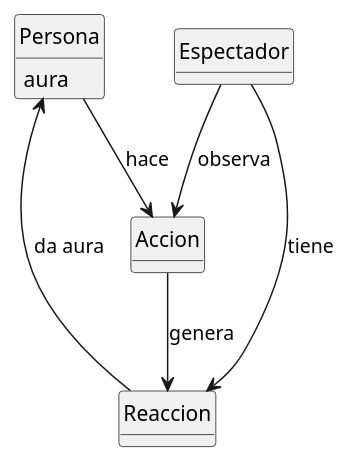
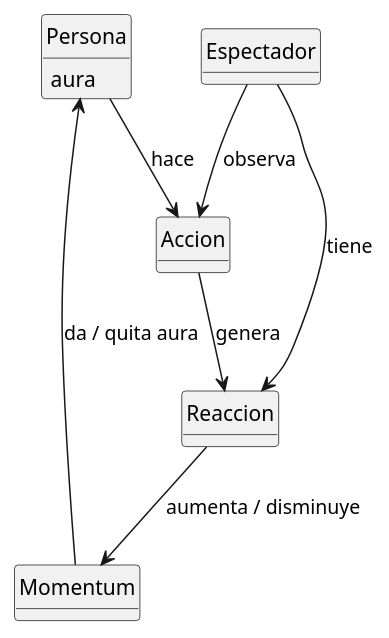
Before and after one commit to miguelrivasmorantes-devu/26-27-idsw1: the diagram in entregas/rivasMiguel/modelosUML/aura/modelo_dominio.puml, drawn with PlantUML. The commit also changed 5 other files, not shown here.

Commit message:
feature/agregar entidad de momentum al dominio de farmear aura

```diff
--- a/entregas/rivasMiguel/modelosUML/aura/modelo_dominio.puml
+++ b/entregas/rivasMiguel/modelosUML/aura/modelo_dominio.puml
@@ -1,27 +1,31 @@
 @startuml modelo_dominio
 skinparam style strictuml
 skinparam classAttributeIconSize 0
 skinparam monochrome false
 skinparam shadowing false
 hide circle
 hide empty methods
 
 class Persona {
     aura
 }
 
 class Accion {
 }
 
 class Espectador {
 }
 
 class Reaccion {
 }
 
+class Momentum {
+}
+
 Persona --> Accion : hace
 Espectador --> Accion : observa
 Espectador --> Reaccion : tiene
 Accion --> Reaccion : genera
-Reaccion --> Persona : da aura
+Reaccion --> Momentum : aumenta / disminuye
+Momentum --> Persona : da / quita aura
 @enduml
```
